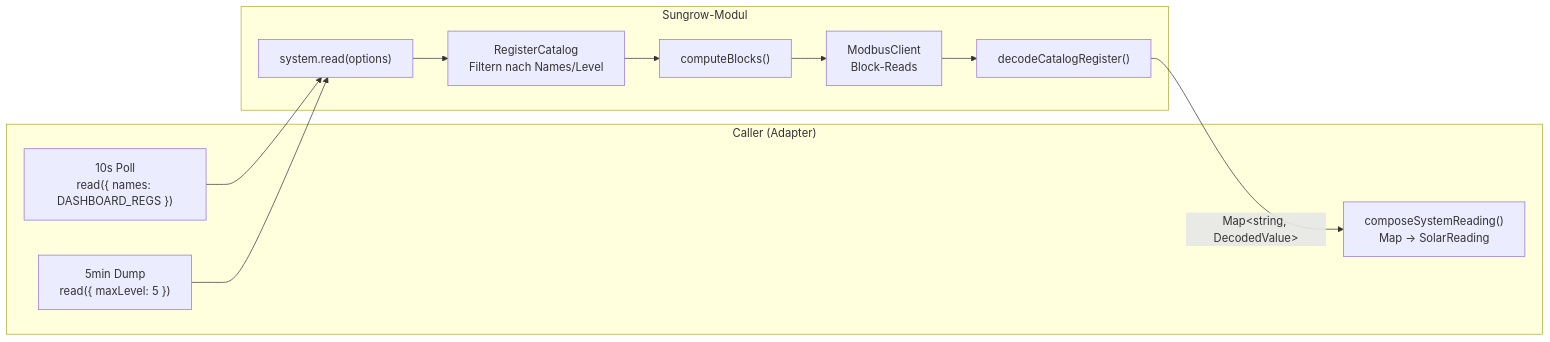
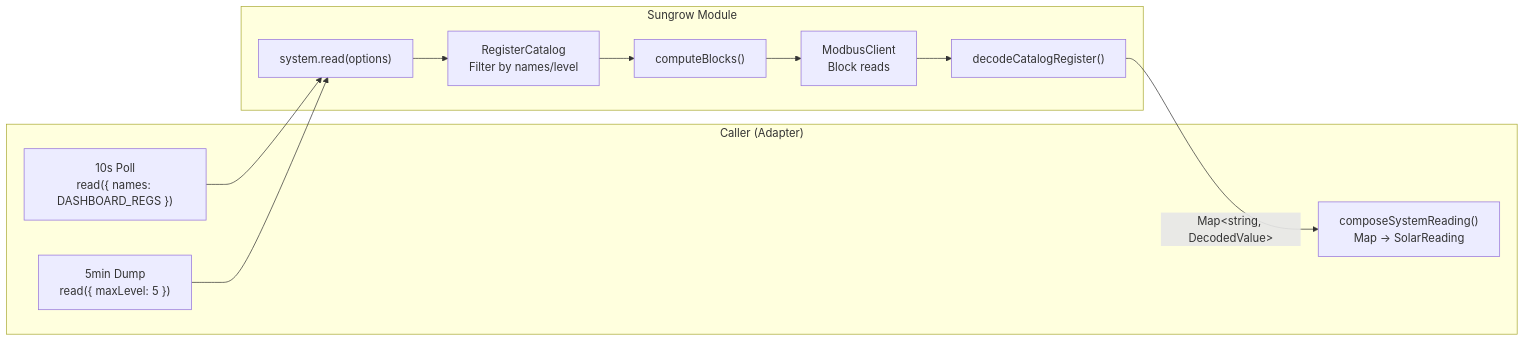
One commit to AlexanderLanin/sungrowlib changed the sixth of 12 diagrams in ARCHITECTURE.md. Above: the diagram before and after it, drawn with Mermaid. The commit also changed other lines of this file, not shown here.

Commit message:
docs: translate ARCHITECTURE.md from German to English

````diff
--- a/ARCHITECTURE.md
+++ b/ARCHITECTURE.md
@@ -238,21 +238,21 @@
 ```mermaid
 flowchart LR
     subgraph "Caller (Adapter)"
         poll["10s Poll<br/>read({ names: DASHBOARD_REGS })"]
         dump["5min Dump<br/>read({ maxLevel: 5 })"]
         compose["composeSystemReading()<br/>Map → SolarReading"]
     end
 
-    subgraph "Sungrow-Modul"
+    subgraph "Sungrow Module"
         read["system.read(options)"]
-        cat["RegisterCatalog<br/>Filtern nach Names/Level"]
+        cat["RegisterCatalog<br/>Filter by names/level"]
         blocks["computeBlocks()"]
-        mb["ModbusClient<br/>Block-Reads"]
+        mb["ModbusClient<br/>Block reads"]
         dec["decodeCatalogRegister()"]
     end
 
     poll --> read
     dump --> read
     read --> cat --> blocks --> mb --> dec
     dec -->|"Map&lt;string, DecodedValue&gt;"| compose
 ```
````
